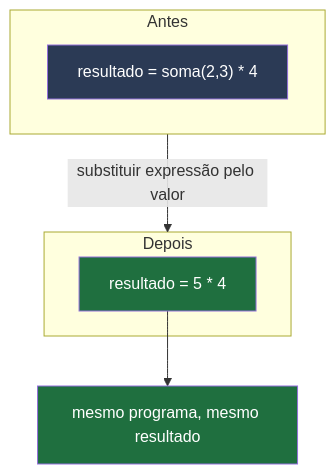
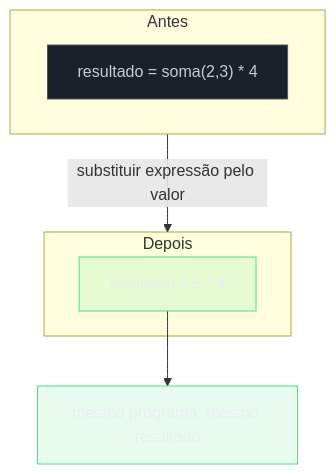
One commit to josenaldo/codex-technomanticus changed the third of 4 diagrams in 03-Dominios/Ciência/Paradigmas/07 - Funções puras e efeitos colaterais.md. Above: the diagram before and after it, drawn with Mermaid. The commit also changed other lines of this file and 1181 other files, not shown here.

First line of the commit message:
fix(diagramas): paleta do sistema no lugar de cor cravada no markdown

````diff
--- a/03-Dominios/Ciência/Paradigmas/07 - Funções puras e efeitos colaterais.md
+++ b/03-Dominios/Ciência/Paradigmas/07 - Funções puras e efeitos colaterais.md
@@ -139,15 +144,17 @@
 ```mermaid
 flowchart TB
+    classDef neutro fill:#1B2029,stroke:#4E5666,color:#C6CCD8
+    classDef ok fill:#4ADE8021,stroke:#4ADE80,color:#E9ECF2
     subgraph Antes
         E1["resultado = soma(2,3) * 4"]
     end
     subgraph Depois
         E2["resultado = 5 * 4"]
     end
     Antes -->|substituir expressão pelo valor| Depois
     E2 --> R["mesmo programa, mesmo resultado"]
 
-    style E1 fill:#2b3a55,color:#fff
-    style E2 fill:#1f6f3f,color:#fff
-    style R fill:#1f6f3f,color:#fff
+    class E1 neutro
+    class E2 ok
+    class R ok
 ```
````
